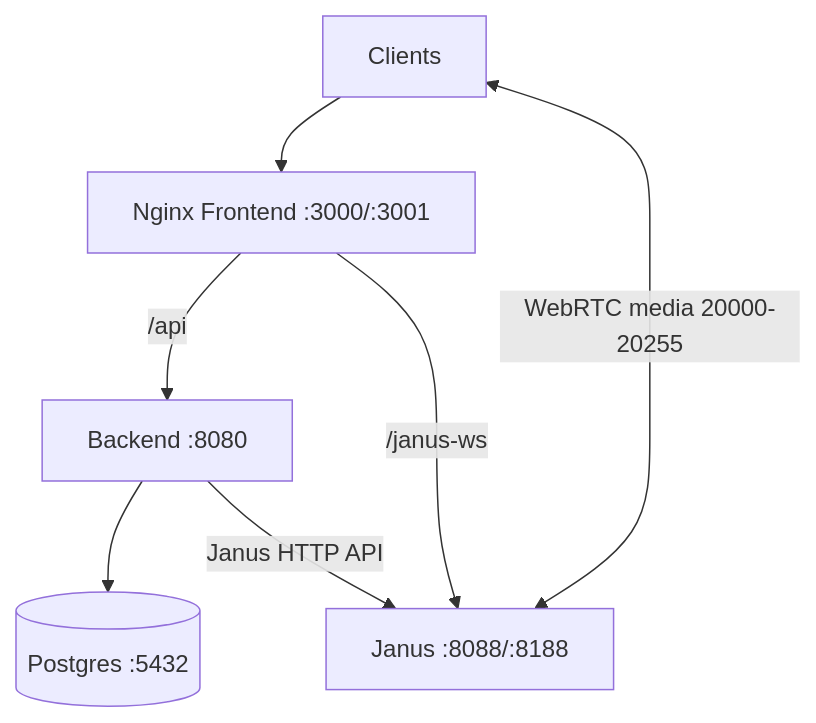
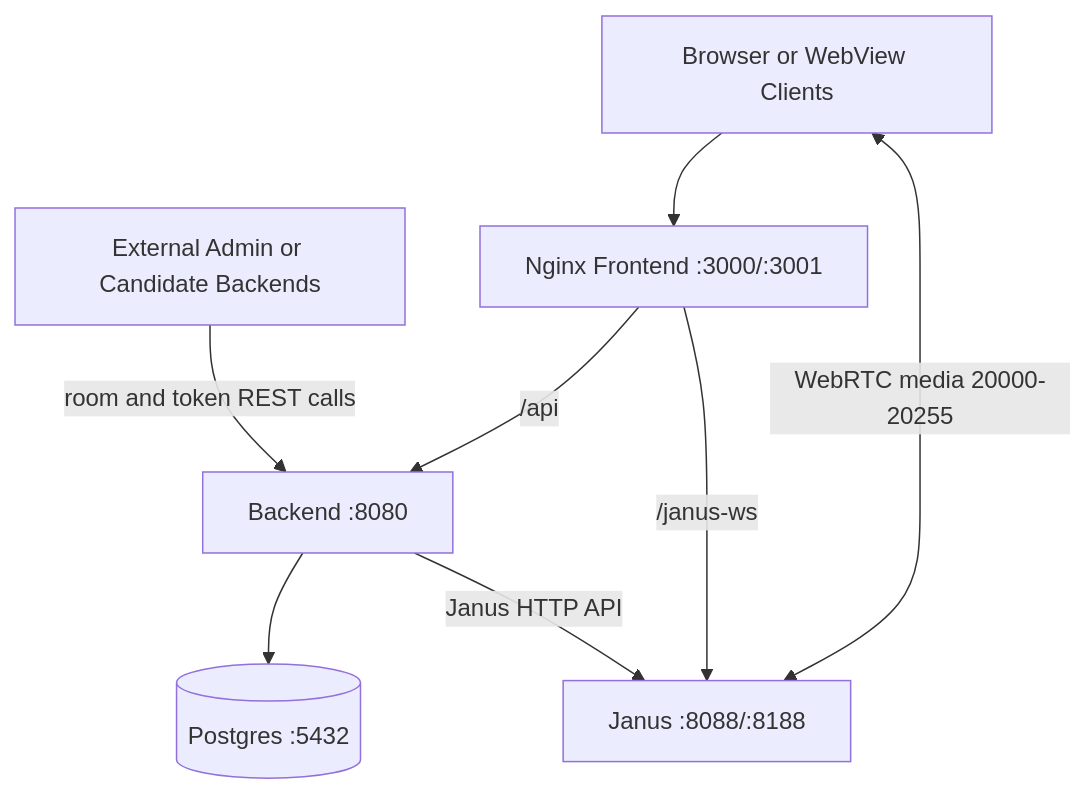
One commit to arjak-roy/janus changed the diagram in docs/DEPLOYMENT.md. Above: the diagram before and after it, drawn with Mermaid. The commit also changed other lines of this file and 21 other files, not shown here.

First line of the commit message:
feat: enhance WebSocket signaling with token support and add token service

````diff
--- a/docs/DEPLOYMENT.md
+++ b/docs/DEPLOYMENT.md
@@ -108,15 +147,17 @@
 ```mermaid
 flowchart TB
-  InternetOrLAN[Clients]
+  USERS[Browser or WebView Clients]
+  EXT[External Admin or Candidate Backends]
   FE[Nginx Frontend :3000/:3001]
   BE[Backend :8080]
   JANUS[Janus :8088/:8188]
   DB[(Postgres :5432)]
 
-  InternetOrLAN --> FE
+  USERS --> FE
   FE -->|/api| BE
   FE -->|/janus-ws| JANUS
+  EXT -->|room and token REST calls| BE
   BE --> DB
   BE -->|Janus HTTP API| JANUS
-  JANUS <-->|WebRTC media 20000-20255| InternetOrLAN
+  JANUS <-->|WebRTC media 20000-20255| USERS
 ```
````
